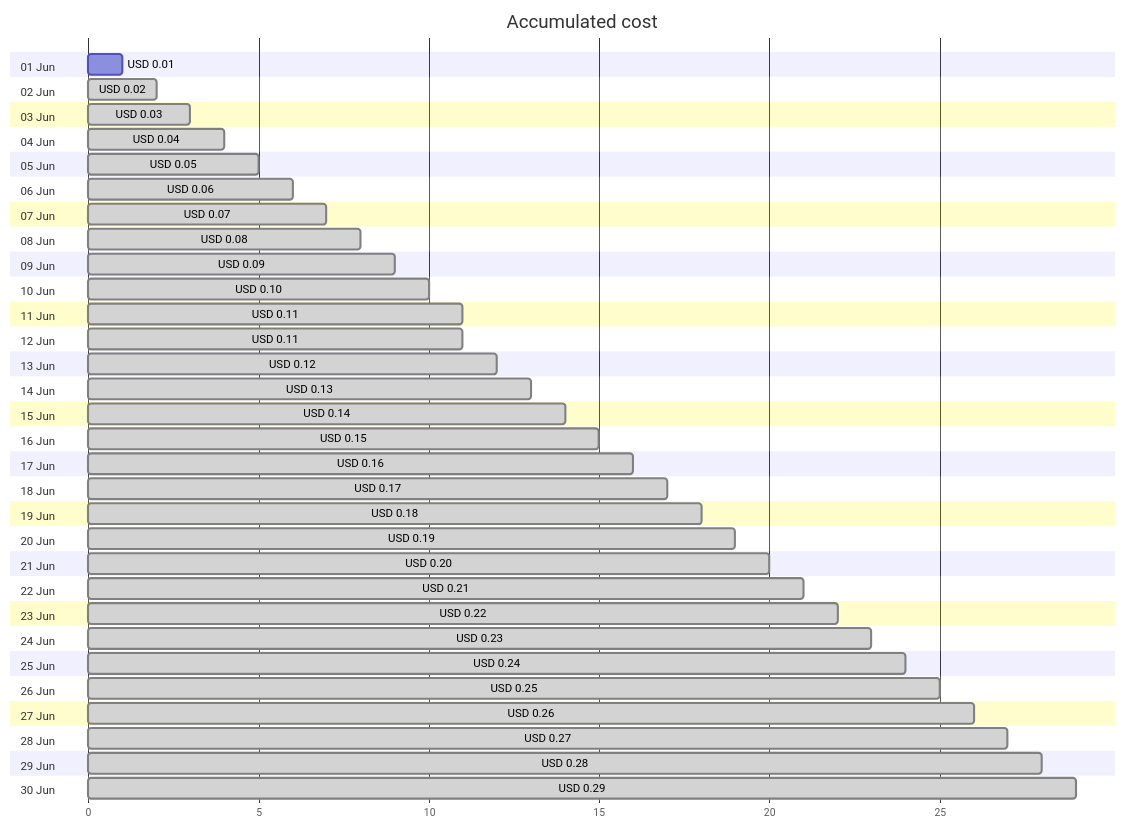
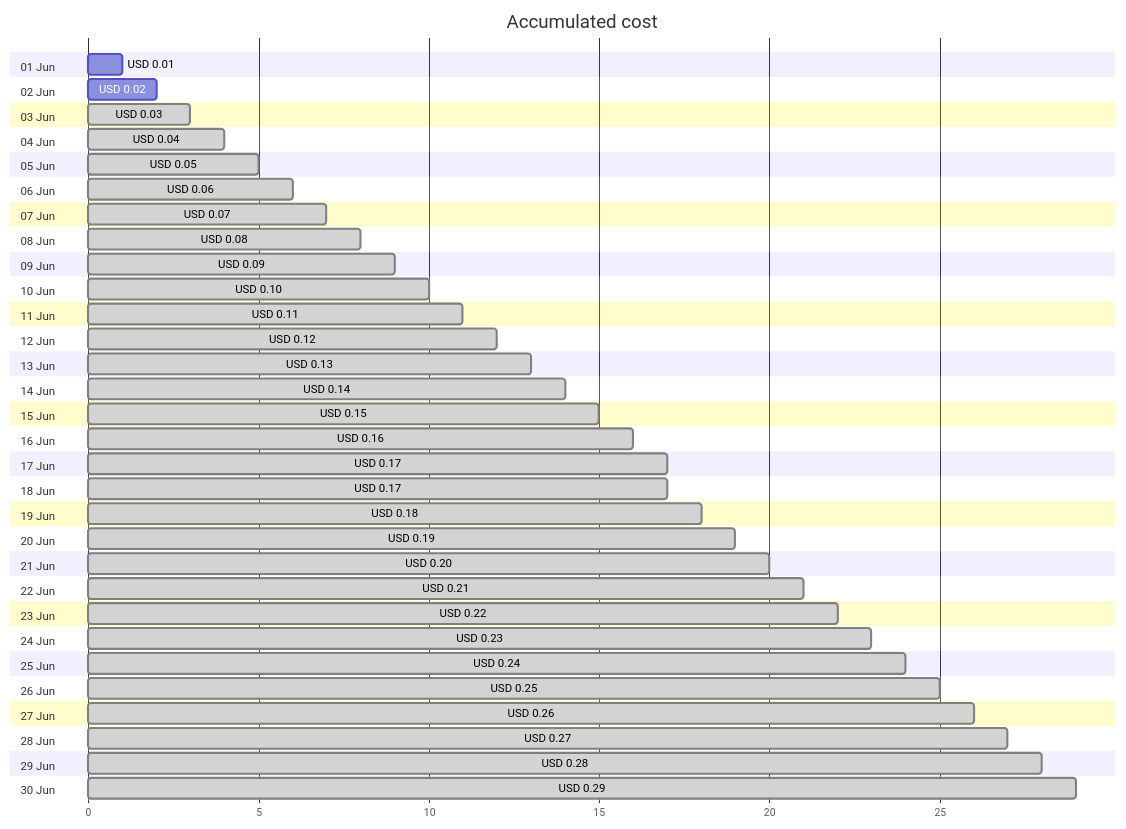
One commit to jpfulton/azure-personal-reports changed the first of 4 diagrams in cost-reports/cloud-shell-storage-eastus/README.md. Above: the diagram before and after it, drawn with Mermaid. The commit also changed other lines of this file and 1 other file, not shown here.

````diff
--- a/cost-reports/cloud-shell-storage-eastus/README.md
+++ b/cost-reports/cloud-shell-storage-eastus/README.md
@@ -20,66 +20,66 @@
 ```mermaid
 gantt
    title Accumulated cost
    dateFormat  X
    axisFormat %s
    section 01 Jun
    USD 0.01 :0, 1
    section 02 Jun
-   USD 0.02 : done, 0, 2
+   USD 0.02 :0, 2
    section 03 Jun
    USD 0.03 : done, 0, 3
    section 04 Jun
    USD 0.04 : done, 0, 4
    section 05 Jun
    USD 0.05 : done, 0, 5
    section 06 Jun
    USD 0.06 : done, 0, 6
    section 07 Jun
    USD 0.07 : done, 0, 7
    section 08 Jun
    USD 0.08 : done, 0, 8
    section 09 Jun
    USD 0.09 : done, 0, 9
    section 10 Jun
    USD 0.10 : done, 0, 10
    section 11 Jun
    USD 0.11 : done, 0, 11
    section 12 Jun
-   USD 0.11 : done, 0, 11
+   USD 0.12 : done, 0, 12
    section 13 Jun
-   USD 0.12 : done, 0, 12
+   USD 0.13 : done, 0, 13
    section 14 Jun
-   USD 0.13 : done, 0, 13
+   USD 0.14 : done, 0, 14
    section 15 Jun
-   USD 0.14 : done, 0, 14
+   USD 0.15 : done, 0, 15
    section 16 Jun
-   USD 0.15 : done, 0, 15
+   USD 0.16 : done, 0, 16
    section 17 Jun
-   USD 0.16 : done, 0, 16
+   USD 0.17 : done, 0, 17
    section 18 Jun
    USD 0.17 : done, 0, 17
    section 19 Jun
    USD 0.18 : done, 0, 18
    section 20 Jun
    USD 0.19 : done, 0, 19
    section 21 Jun
    USD 0.20 : done, 0, 20
    section 22 Jun
    USD 0.21 : done, 0, 21
    section 23 Jun
    USD 0.22 : done, 0, 22
    section 24 Jun
    USD 0.23 : done, 0, 23
    section 25 Jun
    USD 0.24 : done, 0, 24
    section 26 Jun
    USD 0.25 : done, 0, 25
    section 27 Jun
    USD 0.26 : done, 0, 26
    section 28 Jun
    USD 0.27 : done, 0, 27
    section 29 Jun
    USD 0.28 : done, 0, 28
    section 30 Jun
    USD 0.29 : done, 0, 29
 ```
````
